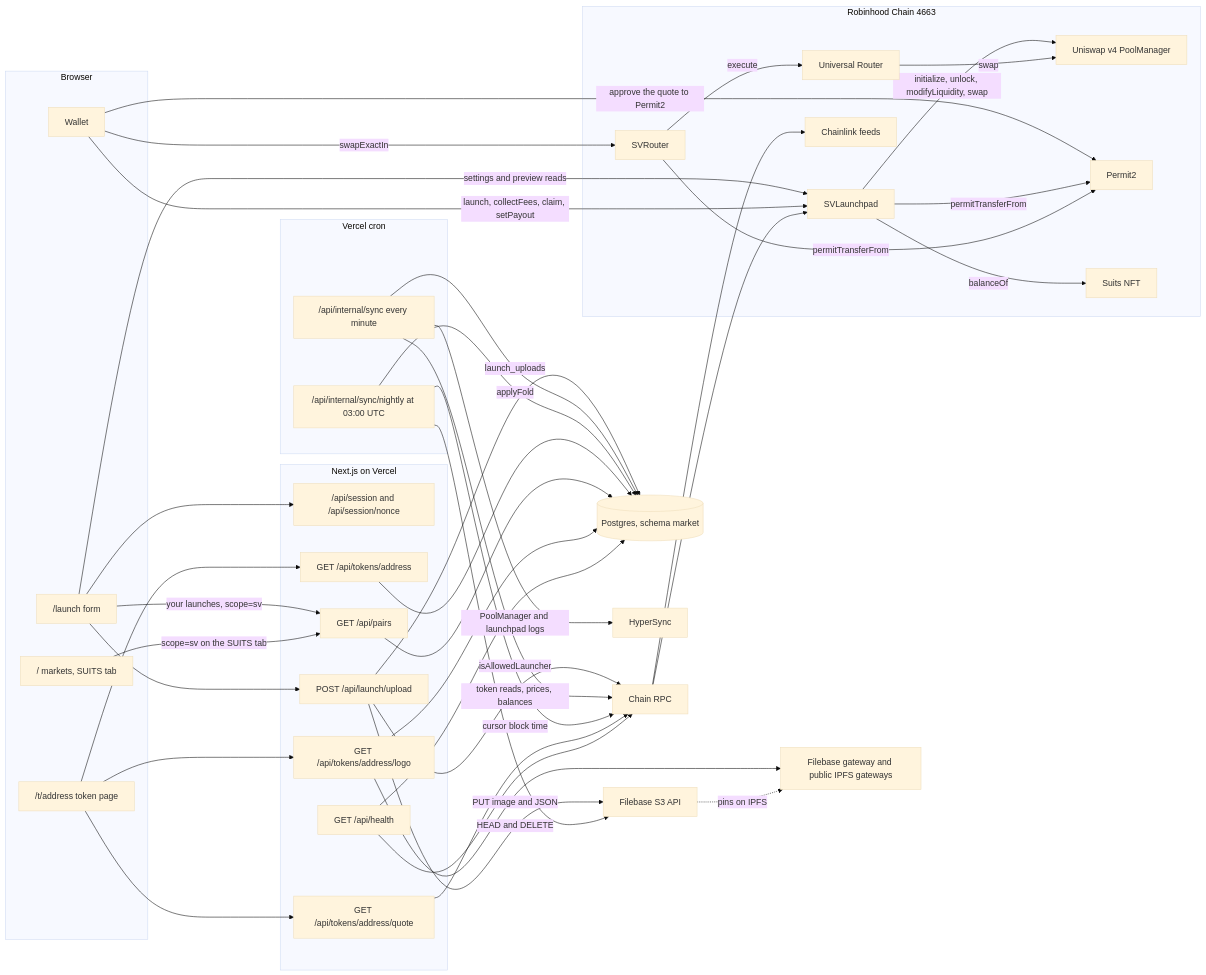
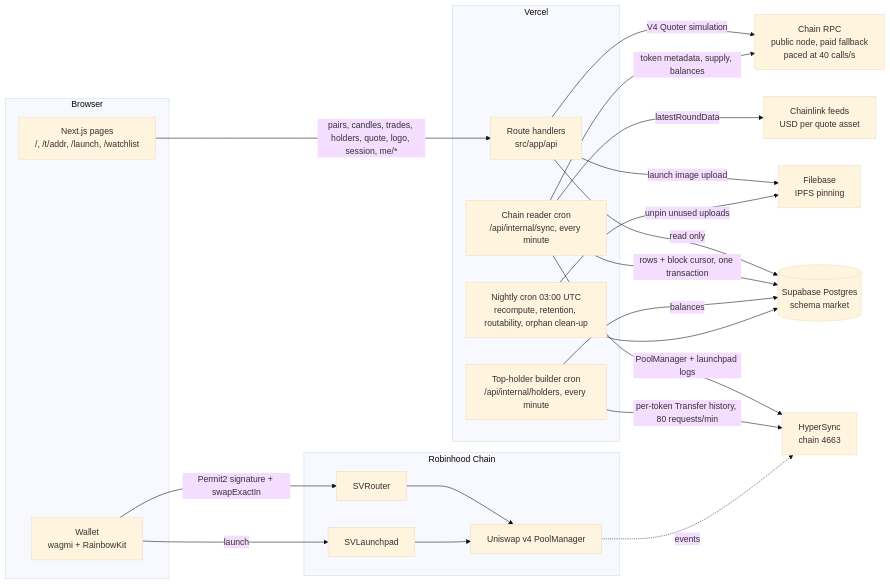
One commit to maxlong-markets/suitventures-markets-frontend changed the diagram in README.md. Above: the diagram before and after it, drawn with Mermaid (base theme). The commit also changed other lines of this file and 8 other files, not shown here.

First line of the commit message:
README: what the app is, architecture, engineering decisions, security, testing and scope for review

````diff
--- a/README.md
+++ b/README.md
@@ -165,73 +35,41 @@
 ```mermaid
 flowchart LR
   subgraph Browser
-    LF["/launch form"]
-    TV["/t/address token page"]
-    MK["/ markets, SUITS tab"]
-    WAL["Wallet"]
+    UI[Next.js pages<br/>/, /t/addr, /launch, /watchlist]
+    W[Wallet<br/>wagmi + RainbowKit]
   end
-  subgraph App["Next.js on Vercel"]
-    SES["/api/session and /api/session/nonce"]
-    UPL["POST /api/launch/upload"]
-    TOK["GET /api/tokens/address"]
-    LOGO["GET /api/tokens/address/logo"]
-    QUO["GET /api/tokens/address/quote"]
-    PAIRS["GET /api/pairs"]
-    HEALTH["GET /api/health"]
+  subgraph Vercel
+    API[Route handlers<br/>src/app/api]
+    SYNC[Chain reader cron<br/>/api/internal/sync, every minute]
+    HOLD[Top-holder builder cron<br/>/api/internal/holders, every minute]
+    NIGHT[Nightly cron 03:00 UTC<br/>recompute, retention, routability, orphan clean-up]
   end
-  subgraph Cron["Vercel cron"]
-    SYNC["/api/internal/sync every minute"]
-    NIGHT["/api/internal/sync/nightly at 03:00 UTC"]
-  end
-  PG[("Postgres, schema market")]
-  FBS["Filebase S3 API"]
-  GW["Filebase gateway and public IPFS gateways"]
-  HS["HyperSync"]
-  RPC["Chain RPC"]
-  subgraph Chain["Robinhood Chain 4663"]
-    LP["SVLaunchpad"]
-    PM["Uniswap v4 PoolManager"]
-    P2["Permit2"]
-    SUITS["Suits NFT"]
-    SVR["SVRouter"]
-    UR["Universal Router"]
-    CL["Chainlink feeds"]
+  DB[(Supabase Postgres<br/>schema market)]
+  HS[HyperSync<br/>chain 4663]
+  RPC[Chain RPC<br/>public node, paid fallback<br/>paced at 40 calls/s]
+  CL[Chainlink feeds<br/>USD per quote asset]
+  FB[Filebase<br/>IPFS pinning]
+  subgraph Chain[Robinhood Chain]
+    R[SVRouter]
+    LP[SVLaunchpad]
+    PM[Uniswap v4 PoolManager]
   end
 
-  LF --> SES
-  LF --> UPL
-  LF -- "your launches, scope=sv" --> PAIRS
-  LF -- "settings and preview reads" --> LP
-  WAL -- "launch, collectFees, claim, setPayout" --> LP
-  WAL -- "approve the quote to Permit2" --> P2
-  WAL -- "swapExactIn" --> SVR
-  UPL -- "isAllowedLauncher" --> RPC
-  UPL -- "PUT image and JSON" --> FBS
-  UPL -- "launch_uploads" --> PG
-  LP -- "balanceOf" --> SUITS
-  LP -- "permitTransferFrom" --> P2
-  LP -- "initialize, unlock, modifyLiquidity, swap" --> PM
-  SVR -- "permitTransferFrom" --> P2
-  SVR -- "execute" --> UR
-  UR -- "swap" --> PM
-  SYNC -- "PoolManager and launchpad logs" --> HS
-  SYNC -- "token reads, prices, balances" --> RPC
-  RPC --> CL
-  RPC --> LP
-  SYNC -- "applyFold" --> PG
-  NIGHT -- "cursor block time" --> RPC
-  NIGHT -- "HEAD and DELETE" --> FBS
-  NIGHT --> PG
-  TV --> TOK
-  TV --> LOGO
-  TV --> QUO
-  MK -- "scope=sv on the SUITS tab" --> PAIRS
-  TOK --> PG
-  PAIRS --> PG
-  LOGO --> PG
-  LOGO --> GW
-  QUO --> RPC
-  HEALTH --> PG
-  HEALTH --> RPC
-  FBS -. "pins on IPFS" .-> GW
+  UI -->|pairs, candles, trades, holders, quote, logo, session, me/*| API
+  API -->|read only| DB
+  API -->|V4 Quoter simulation| RPC
+  API -->|launch image upload| FB
+  SYNC -->|PoolManager + launchpad logs| HS
+  SYNC -->|token metadata, supply, balances| RPC
+  SYNC -->|latestRoundData| CL
+  SYNC -->|rows + block cursor, one transaction| DB
+  HOLD -->|per-token Transfer history, 80 requests/min| HS
+  HOLD -->|balances| DB
+  NIGHT --> DB
+  NIGHT -->|unpin unused uploads| FB
+  W -->|Permit2 signature + swapExactIn| R
+  W -->|launch| LP
+  R --> PM
+  LP --> PM
+  PM -.events.-> HS
 ```
````
